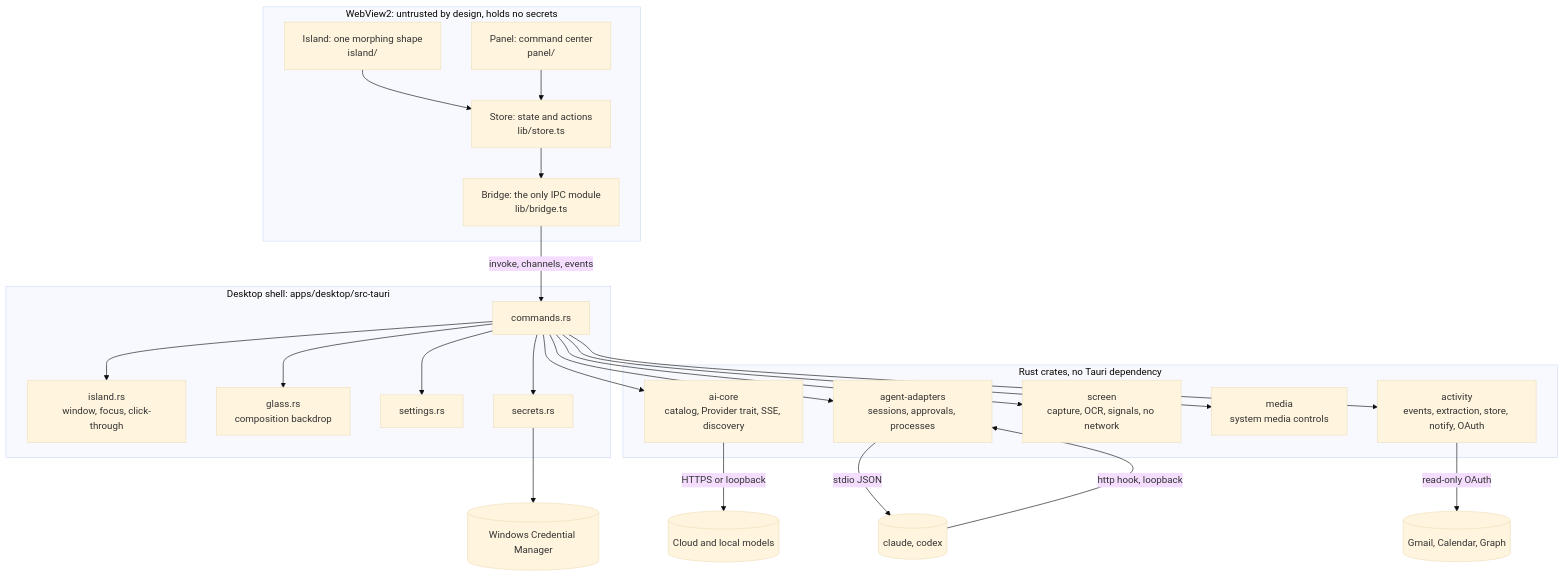
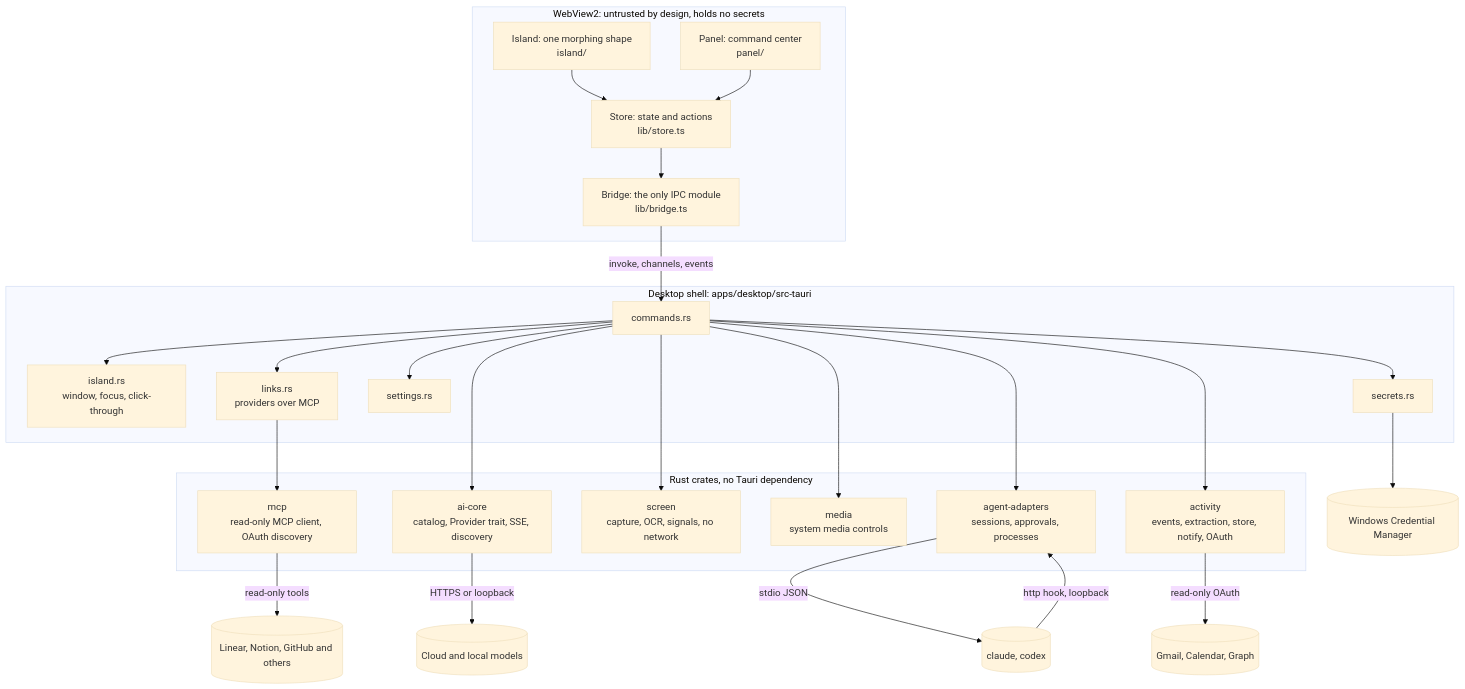
Before and after one commit to ShashikantSingh09/meridian: the first of 4 diagrams in docs/ARCHITECTURE.md, drawn with Mermaid (base theme). The commit also changed other lines of this file and 63 other files, not shown here.

````diff
--- a/docs/ARCHITECTURE.md
+++ b/docs/ARCHITECTURE.md
@@ -6,36 +6,39 @@
 ```mermaid
 flowchart TB
   subgraph Webview["WebView2: untrusted by design, holds no secrets"]
     Island["Island: one morphing shape\nisland/"]
     Panel["Panel: command center\npanel/"]
     Store["Store: state and actions\nlib/store.ts"]
     Bridge["Bridge: the only IPC module\nlib/bridge.ts"]
     Island --> Store
     Panel --> Store
     Store --> Bridge
   end
 
   subgraph Shell["Desktop shell: apps/desktop/src-tauri"]
     Commands["commands.rs"]
     Win["island.rs\nwindow, focus, click-through"]
-    Glass["glass.rs\ncomposition backdrop"]
+    Links["links.rs\nproviders over MCP"]
     Settings["settings.rs"]
     Secrets["secrets.rs"]
   end
 
   subgraph Crates["Rust crates, no Tauri dependency"]
     AI["ai-core\ncatalog, Provider trait, SSE, discovery"]
     Agents["agent-adapters\nsessions, approvals, processes"]
     Screen["screen\ncapture, OCR, signals, no network"]
     MediaC["media\nsystem media controls"]
     Activity["activity\nevents, extraction, store, notify, OAuth"]
+    McpC["mcp\nread-only MCP client, OAuth discovery"]
   end
 
   Bridge -- "invoke, channels, events" --> Commands
-  Commands --> Win & Glass & Settings & Secrets & AI & Agents & Screen & MediaC & Activity
+  Commands --> Win & Links & Settings & Secrets & AI & Agents & Screen & MediaC & Activity
+  Links --> McpC
+  McpC -- "read-only tools" --> Vendors[("Linear, Notion, GitHub and others")]
   Activity -- "read-only OAuth" --> Mail[("Gmail, Calendar, Graph")]
   AI -- HTTPS or loopback --> LLM[("Cloud and local models")]
   Agents -- "stdio JSON" --> CLI[("claude, codex")]
   CLI -- "http hook, loopback" --> Agents
   Secrets --> Cred[("Windows Credential Manager")]
 ```
````
